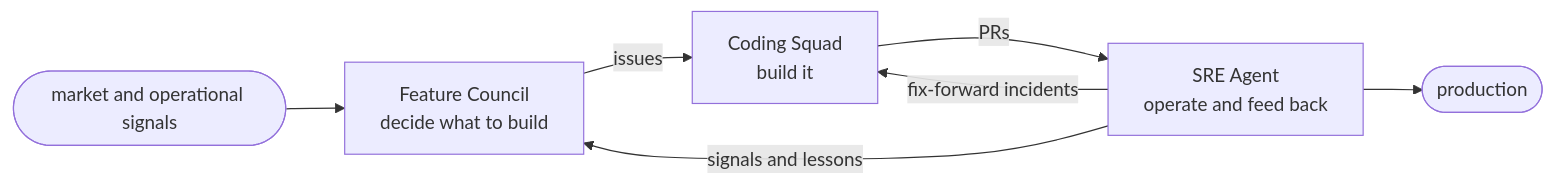
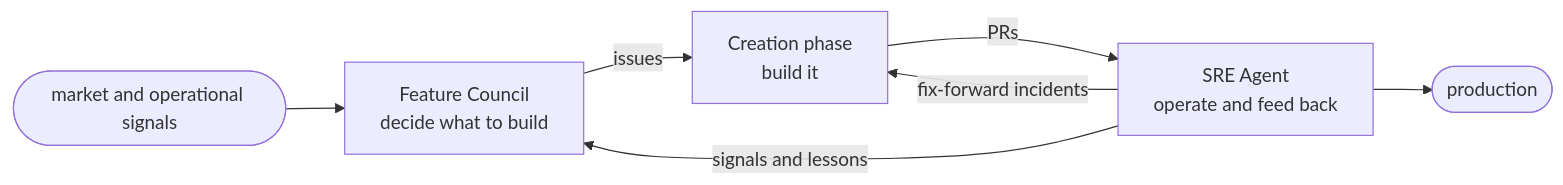
One commit to JoranBergfeld/dark-software-factory changed the diagram in README.md. Above: the diagram before and after it, drawn with Mermaid. The commit also changed other lines of this file and 10 other files, not shown here.

````diff
--- a/README.md
+++ b/README.md
@@ -12,9 +12,9 @@
 ```mermaid
 flowchart LR
     signals(["market and operational signals"]) --> FC["Feature Council<br/>decide what to build"]
-    FC -->|issues| CS["Coding Squad<br/>build it"]
+    FC -->|issues| CS["Creation phase<br/>build it"]
     CS -->|PRs| SRE["SRE Agent<br/>operate and feed back"]
     SRE --> prod(["production"])
     SRE -->|fix-forward incidents| CS
     SRE -->|signals and lessons| FC
 ```
````
